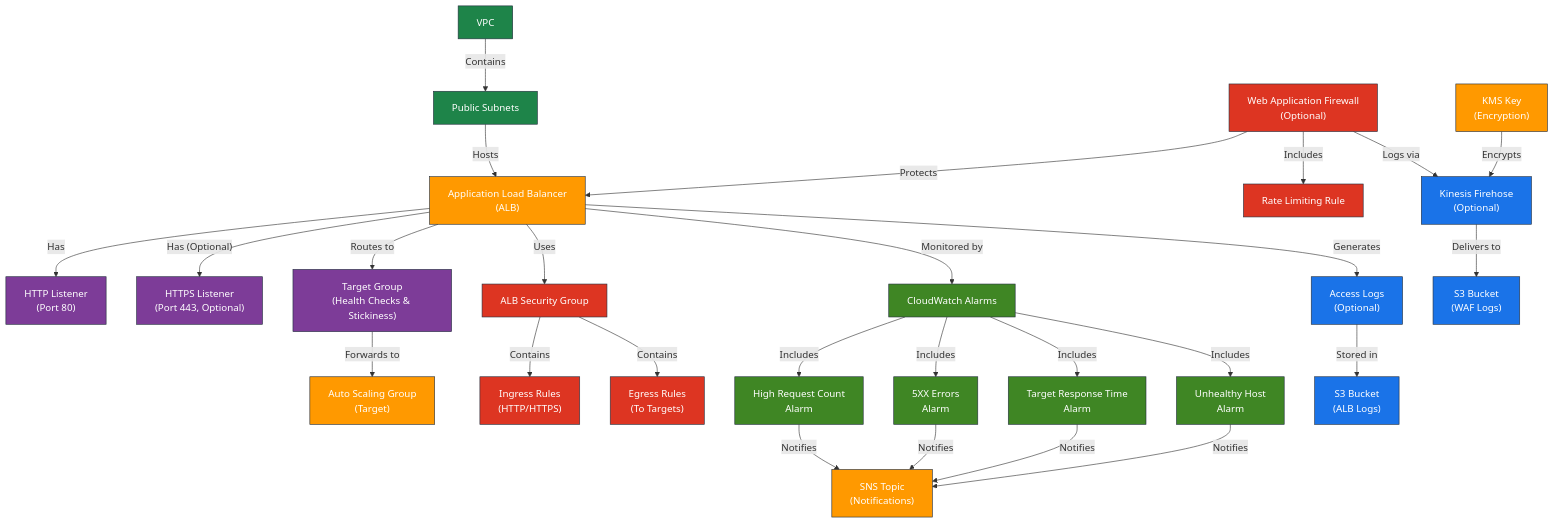
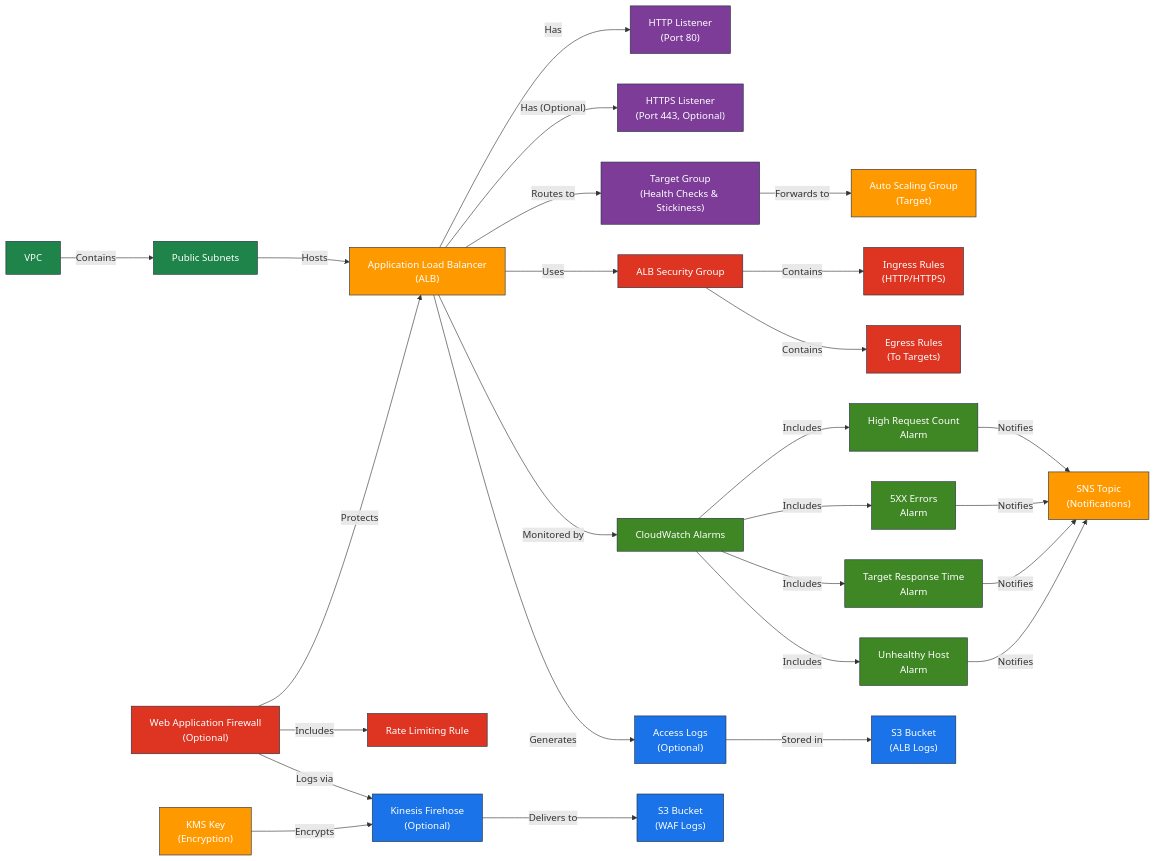
The diagram in terraform/modules/alb/README.md (hetmanskyi-cloud/AWS), drawn with Mermaid before and after one commit. The commit also changed 1 other file, not shown here.

````diff
--- a/terraform/modules/alb/README.md
+++ b/terraform/modules/alb/README.md
@@ -11,5 +11,5 @@
 ```mermaid
-graph TB
+graph LR
     %% Main Components
     VPC["VPC"]
     PublicSubnets["Public Subnets"]
````
